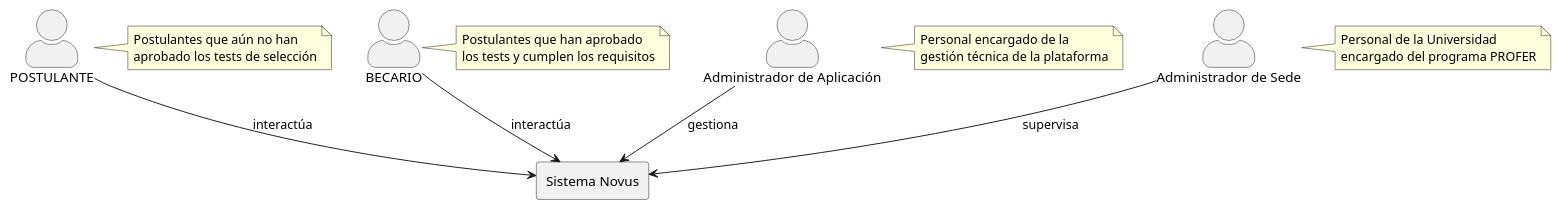
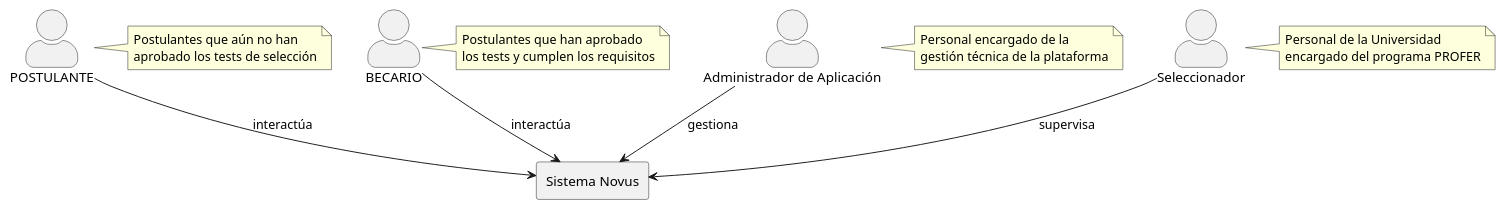
Before and after one commit to Dievex/24-25-IdSw1-SDR: the diagram in casos_de_uso/actores/actores.puml, drawn with PlantUML. The commit also changed 125 other files, not shown here.

```diff
--- a/casos_de_uso/actores/actores.puml
+++ b/casos_de_uso/actores/actores.puml
@@ -1,38 +1,38 @@
 @startuml Actores_Sistema_Novus
 
 skinparam actorStyle awesome
 
 actor "POSTULANTE" as NoBecario
 actor "BECARIO" as Becario
 actor "Administrador de Aplicación" as AdminApp
-actor "Administrador de Sede" as AdminSede
+actor "Seleccionador" as Seleccionador
 
 rectangle "Sistema Novus" {
 }
 
 NoBecario --> "Sistema Novus" : interactúa
 Becario --> "Sistema Novus" : interactúa
 AdminApp --> "Sistema Novus" : gestiona
-AdminSede --> "Sistema Novus" : supervisa
+Seleccionador --> "Sistema Novus" : supervisa
 
 note right of NoBecario
   Postulantes que aún no han 
   aprobado los tests de selección
 end note
 
 note right of Becario
   Postulantes que han aprobado 
   los tests y cumplen los requisitos
 end note
 
 note right of AdminApp
   Personal encargado de la 
   gestión técnica de la plataforma
 end note
 
-note right of AdminSede
+note right of Seleccionador
   Personal de la Universidad 
   encargado del programa PROFER
 end note
 
 @enduml
```
